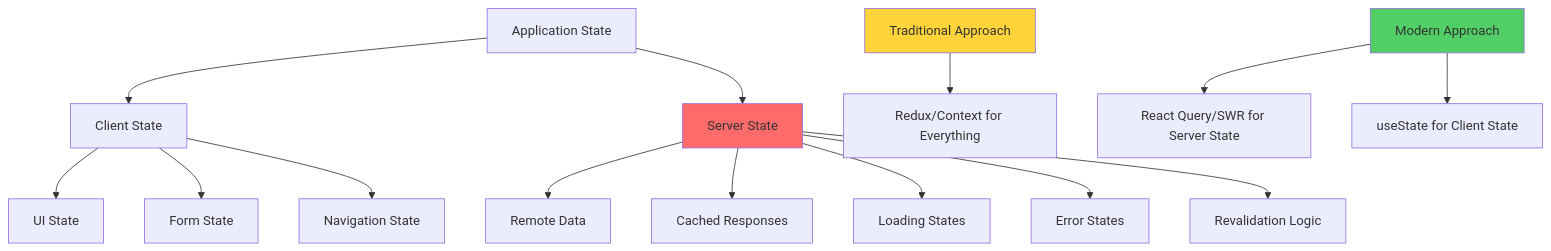
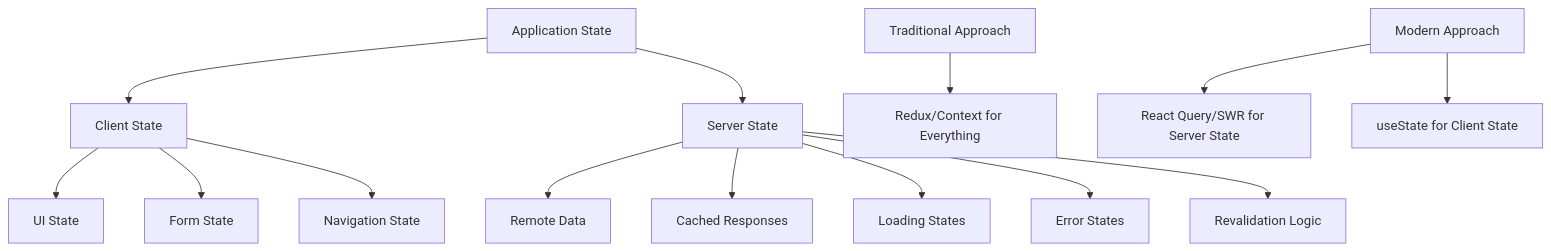
Before and after one commit to BabaScience/react-guides: the first of 6 diagrams in arguments/chapters/07-data-fetching.md, drawn with Mermaid. The commit also changed other lines of this file and 29 other files, not shown here.

First line of the commit message:
Bring React FR/IT translations to full English parity + theme-safe diagrams

````diff
--- a/arguments/chapters/07-data-fetching.md
+++ b/arguments/chapters/07-data-fetching.md
@@ -28,23 +28,20 @@
 ```mermaid
 graph TD
     A[Application State] --> B[Client State]
     A --> C[Server State]
     
     B --> B1[UI State]
     B --> B2[Form State]
     B --> B3[Navigation State]
     
     C --> C1[Remote Data]
     C --> C2[Cached Responses]
     C --> C3[Loading States]
     C --> C4[Error States]
     C --> C5[Revalidation Logic]
     
     D[Traditional Approach] --> E[Redux/Context for Everything]
     F[Modern Approach] --> G[React Query/SWR for Server State]
     F --> H[useState for Client State]
     
-    style C fill:#ff6b6b
-    style F fill:#51cf66
-    style D fill:#ffd43b
 ```
````
